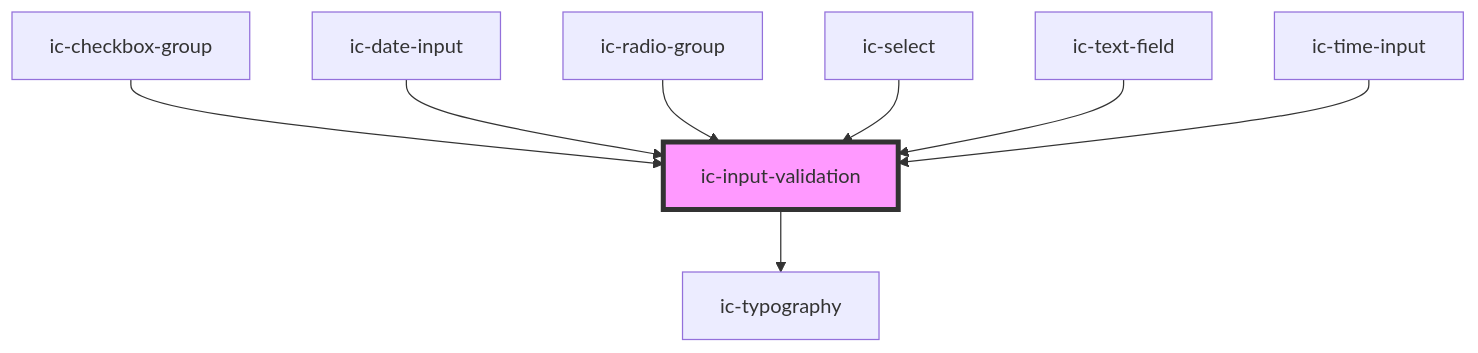
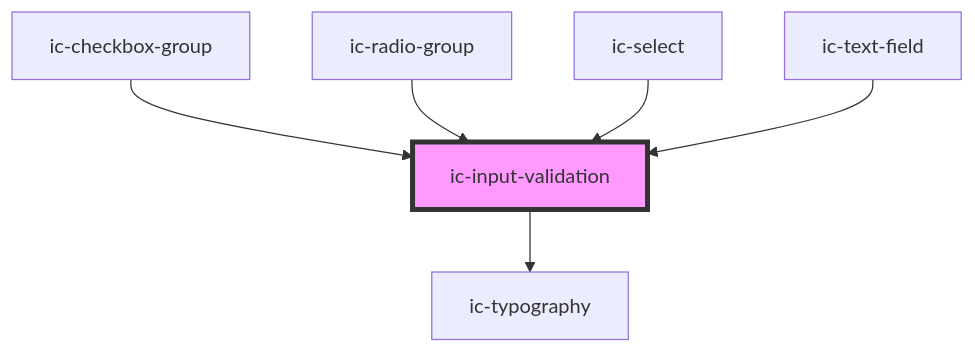
One commit to mi6/ic-ui-kit changed the diagram in packages/web-components/src/components/ic-input-validation/readme.md. Above: the diagram before and after it, drawn with Mermaid. The commit also changed other lines of this file and 134 other files, not shown here.

````diff
--- a/packages/web-components/src/components/ic-input-validation/readme.md
+++ b/packages/web-components/src/components/ic-input-validation/readme.md
@@ -45,11 +41,9 @@
 ```mermaid
 graph TD;
   ic-input-validation --> ic-typography
   ic-checkbox-group --> ic-input-validation
-  ic-date-input --> ic-input-validation
   ic-radio-group --> ic-input-validation
   ic-select --> ic-input-validation
   ic-text-field --> ic-input-validation
-  ic-time-input --> ic-input-validation
   style ic-input-validation fill:#f9f,stroke:#333,stroke-width:4px
 ```
````
